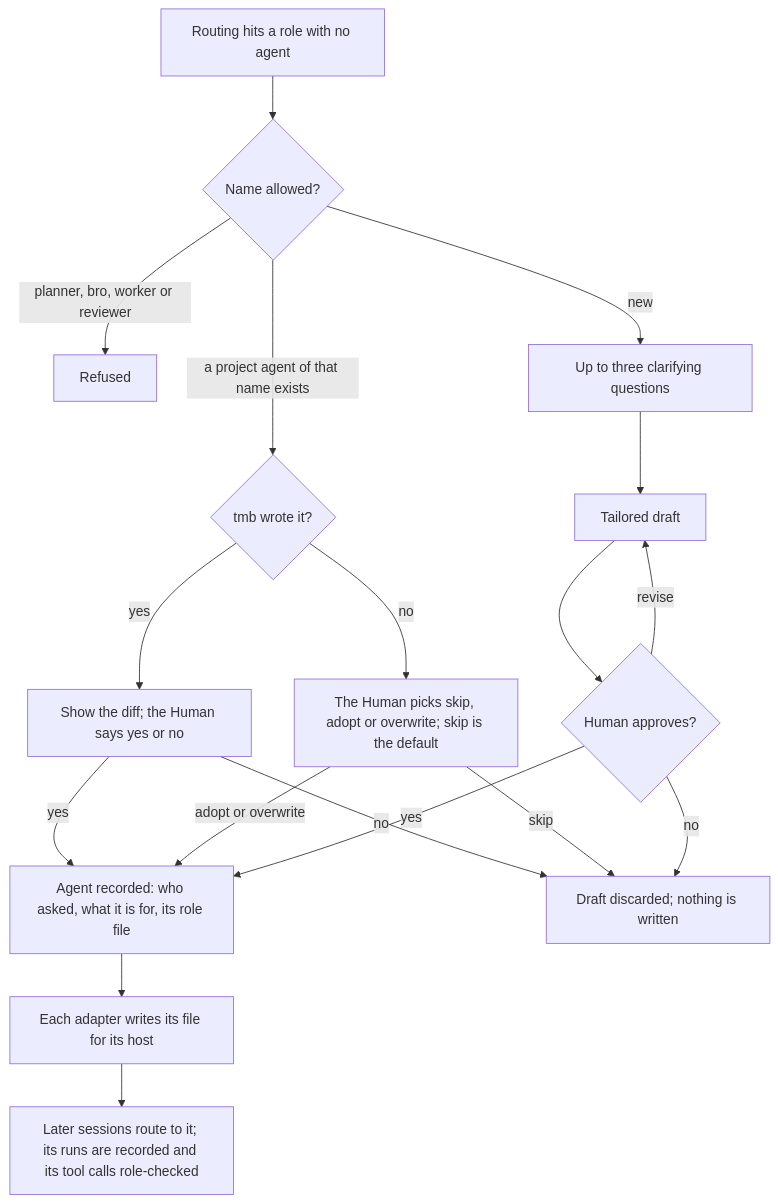
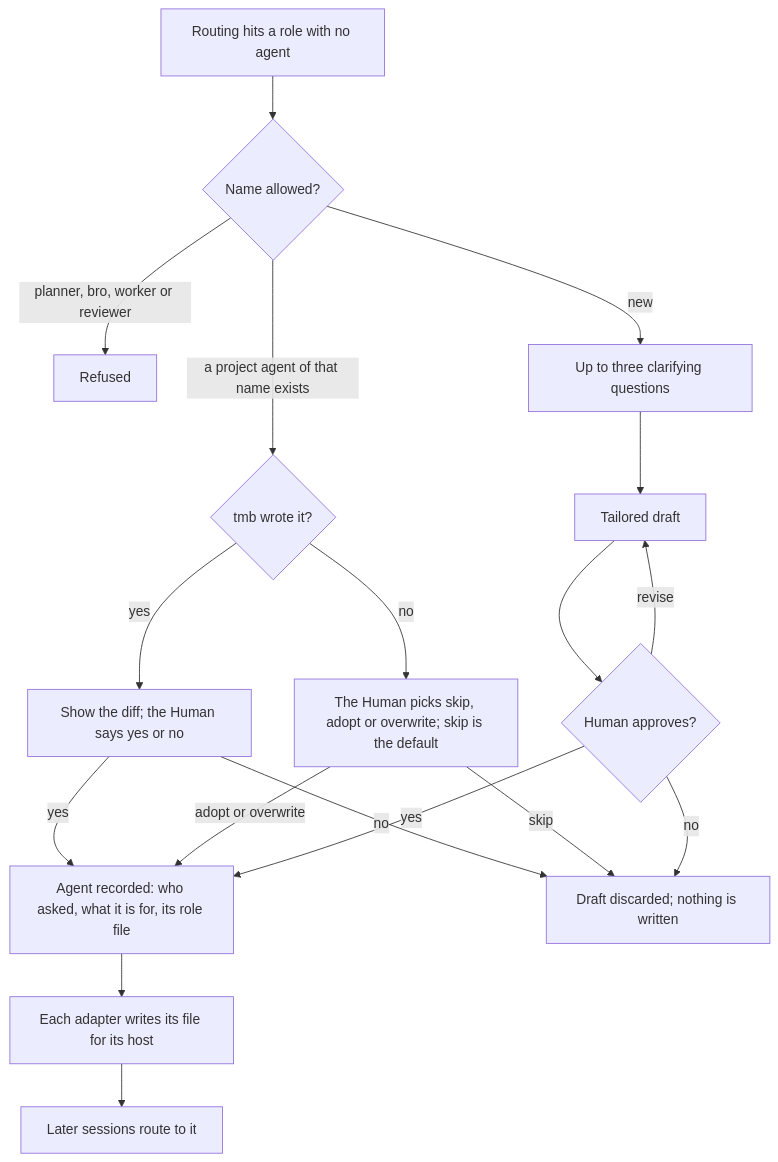
Before and after one commit to trustmybot/tmb: the fourth of 5 diagrams in docs/flows/4_EXTENDING.md, drawn with Mermaid. The commit also changed other lines of this file and 26 other files, not shown here.

First line of the commit message:
📝 docs: shorten every page to its own area, split the two schemas into detail pages

````diff
--- a/docs/flows/4_EXTENDING.md
+++ b/docs/flows/4_EXTENDING.md
@@ -202,20 +171,20 @@
 ```mermaid
 flowchart TD
     A[Routing hits a role with no agent] --> B{Name allowed?}
     B -- "planner, bro, worker or reviewer" --> X[Refused]
     B -- a project agent of that name exists --> T{tmb wrote it?}
     T -- yes --> U["Show the diff; the Human says yes or no"]
     T -- no --> V["The Human picks skip, adopt or overwrite; skip is the default"]
     U -- yes --> W
     V -- adopt or overwrite --> W
     U -- no --> Z
     V -- skip --> Z
     B -- new --> Q[Up to three clarifying questions]
     Q --> D[Tailored draft]
     D --> H{Human approves?}
     H -- revise --> D
     H -- no --> Z["Draft discarded; nothing is written"]
     H -- yes --> W["Agent recorded: who asked, what it is for, its role file"]
     W --> P[Each adapter writes its file for its host]
-    P --> R["Later sessions route to it; its runs are recorded and its tool calls role-checked"]
+    P --> R["Later sessions route to it"]
 ```
````
